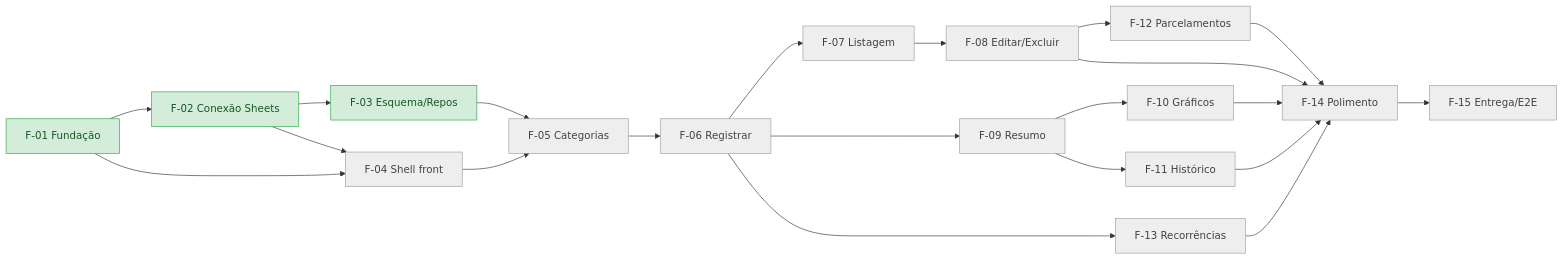
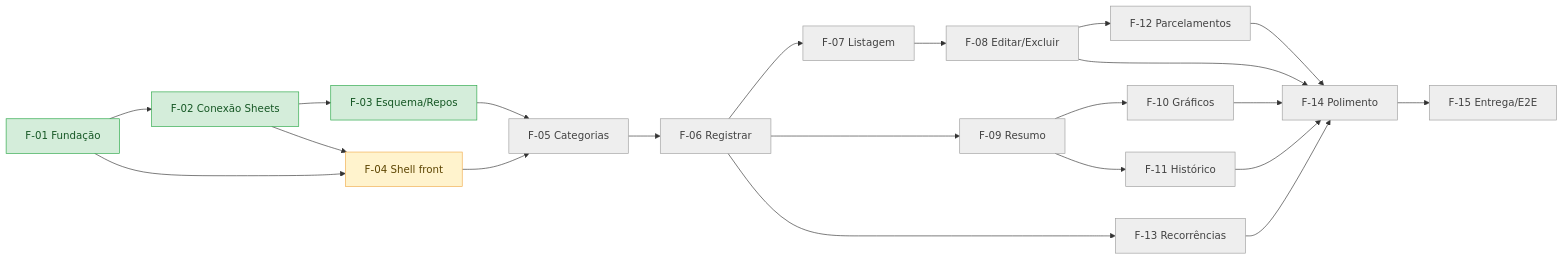
The diagram in SPECS/05-acompanhamento.md (Pedrohcs/PlanilhaFinanceira), drawn with Mermaid before and after one commit. The commit also changed other lines of this file and 18 other files, not shown here.

````diff
--- a/SPECS/05-acompanhamento.md
+++ b/SPECS/05-acompanhamento.md
@@ -64,23 +64,24 @@
 ```mermaid
 flowchart LR
     F01[F-01 Fundação] --> F02[F-02 Conexão Sheets] --> F03[F-03 Esquema/Repos]
     F01 --> F04[F-04 Shell front]
     F02 --> F04
     F03 --> F05[F-05 Categorias]
     F04 --> F05
     F05 --> F06[F-06 Registrar]
     F06 --> F07[F-07 Listagem] --> F08[F-08 Editar/Excluir]
     F06 --> F09[F-09 Resumo]
     F09 --> F10[F-10 Gráficos]
     F09 --> F11[F-11 Histórico]
     F08 --> F12[F-12 Parcelamentos]
     F06 --> F13[F-13 Recorrências]
     F08 & F10 & F11 & F12 & F13 --> F14[F-14 Polimento]
     F14 --> F15[F-15 Entrega/E2E]
 
     classDef naoIniciada fill:#eeeeee,stroke:#9e9e9e,color:#424242;
     classDef iniciada fill:#fff3cd,stroke:#f0ad4e,color:#5c4400;
     classDef concluida fill:#d4edda,stroke:#28a745,color:#155724;
-    class F04,F05,F06,F07,F08,F09,F10,F11,F12,F13,F14,F15 naoIniciada;
+    class F05,F06,F07,F08,F09,F10,F11,F12,F13,F14,F15 naoIniciada;
+    class F04 iniciada;
     class F01,F02,F03 concluida;
 ```
````
